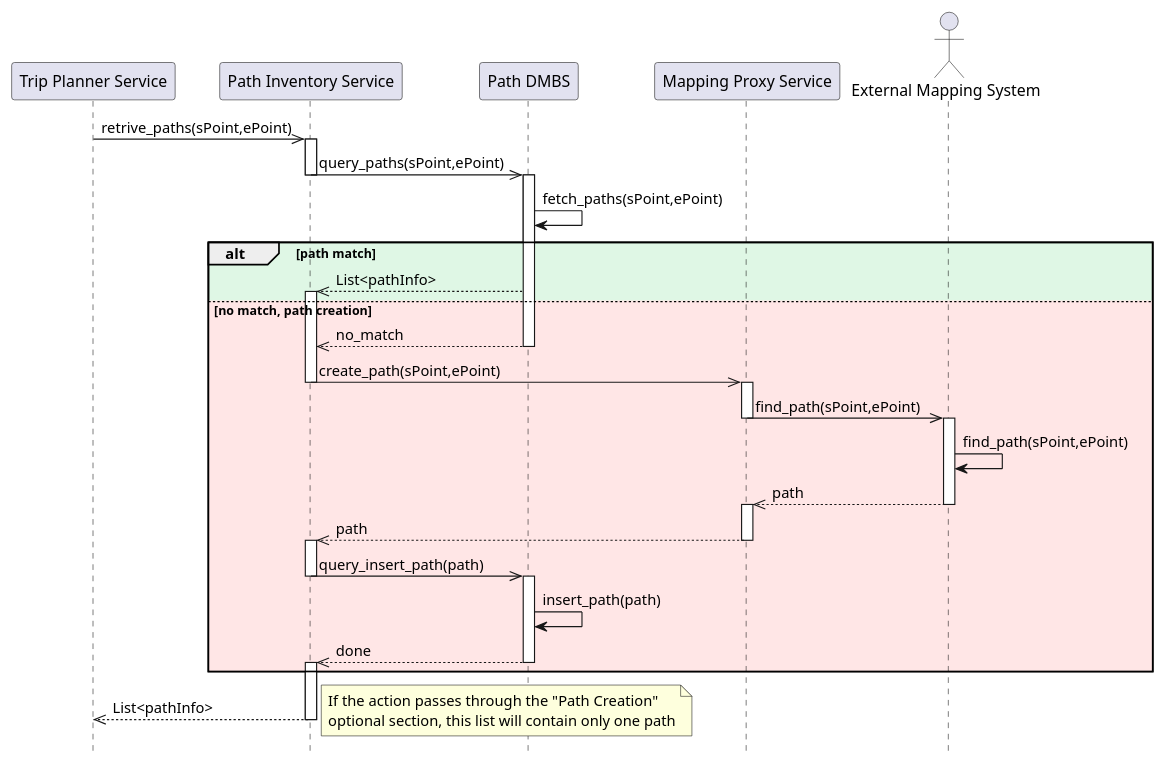
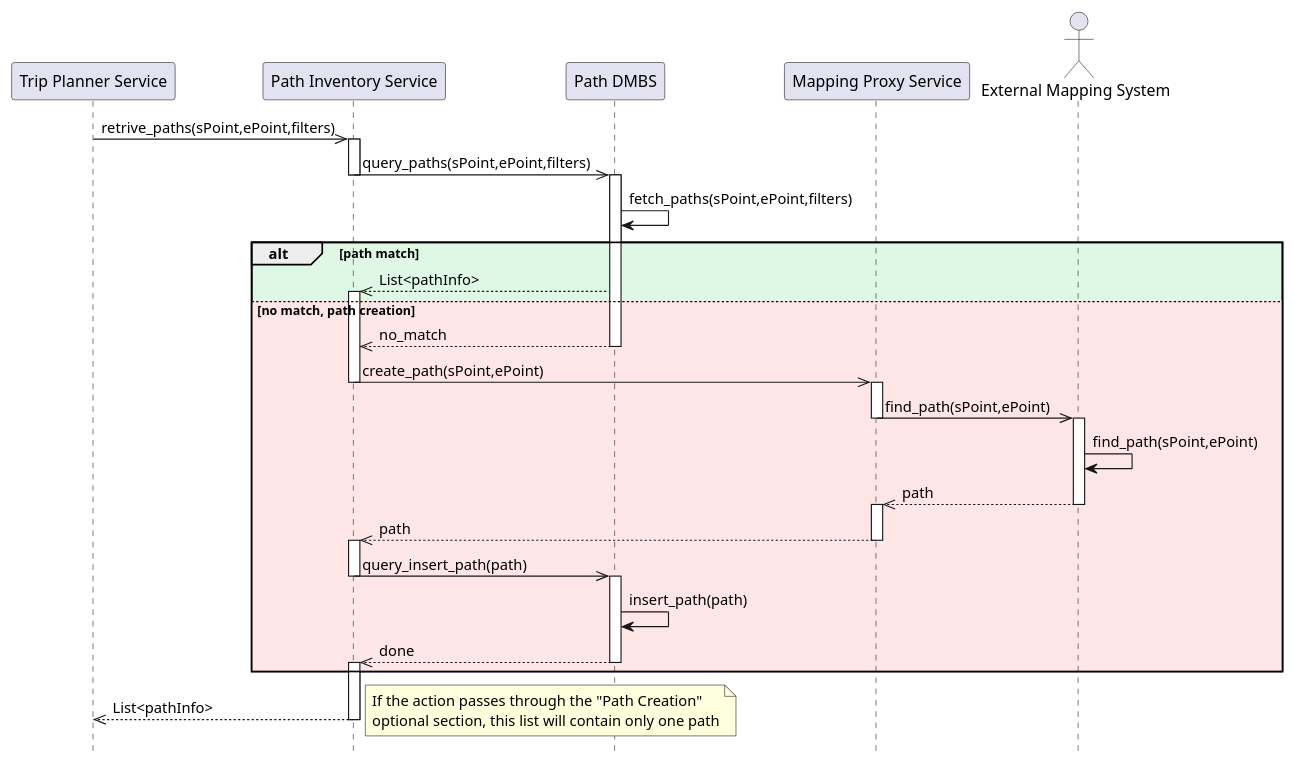
The diagram in diagrams/DD/sequenceDiagram/sd6.1_route_retrival.puml (Guflie/PoliMi-SWE2-RDD-project), drawn with PlantUML before and after one commit. The commit also changed 7 other files, not shown here.

```diff
--- a/diagrams/DD/sequenceDiagram/sd6.1_route_retrival.puml
+++ b/diagrams/DD/sequenceDiagram/sd6.1_route_retrival.puml
@@ -1,52 +1,52 @@
 @startuml sd6-1_route_retrival
 hide footbox
 
 participant "Trip Planner Service" as tb
 participant "Path Inventory Service" as pi
 participant "Path DMBS" as dbp
 participant "Mapping Proxy Service" as mp
 actor "External Mapping System" as ems
 
-tb ->> pi : retrive_paths(sPoint,ePoint)
+tb ->> pi : retrive_paths(sPoint,ePoint,filters)
 activate pi
-pi ->> dbp : query_paths(sPoint,ePoint)
+pi ->> dbp : query_paths(sPoint,ePoint,filters)
 deactivate pi
 activate dbp
-dbp -> dbp : fetch_paths(sPoint,ePoint)
+dbp -> dbp : fetch_paths(sPoint,ePoint,filters)
 
 alt #dff7e5 path match
     dbp -->> pi : List<pathInfo>
     activate pi
 else #ffe6e6 no match, path creation
     dbp -->> pi : no_match
     deactivate dbp
     pi ->> mp : create_path(sPoint,ePoint)
     deactivate pi
     activate mp
     mp ->> ems : find_path(sPoint,ePoint)
     deactivate mp
     activate ems
     ems -> ems : find_path(sPoint,ePoint)
     ems -->> mp : path
     deactivate ems
     activate mp
     mp -->> pi : path
     deactivate mp
     activate pi
     pi ->> dbp : query_insert_path(path)
     deactivate pi
     activate dbp
     dbp -> dbp : insert_path(path)
     dbp -->> pi : done
     deactivate dbp
     activate pi
 end
 
 pi -->> tb : List<pathInfo>
 deactivate pi
 note right
 If the action passes through the "Path Creation"
 optional section, this list will contain only one path
 end note
 
 @enduml
```
